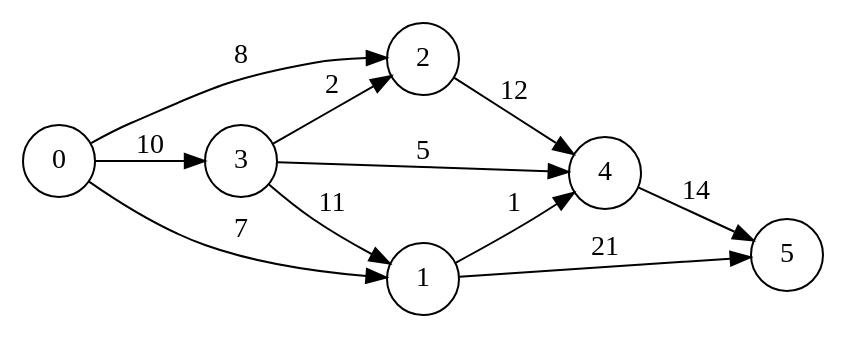
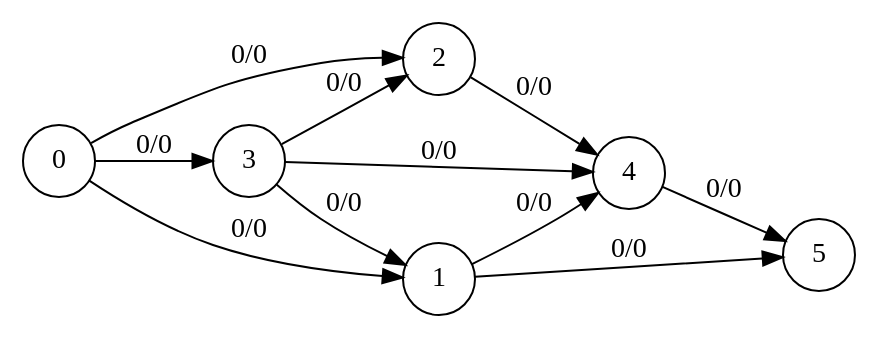
One commit to aurelienmichaud/ocaml-ford-fulkerson changed the diagram in graphs/graph1.dot. Above: the diagram before and after it, drawn with Graphviz. The commit also changed 23 other files, not shown here.

Commit message:
repair export and tested flownet svg on flownet10

```diff
--- a/graphs/graph1.dot
+++ b/graphs/graph1.dot
@@ -1,15 +1,14 @@
 digraph finite_state_machine {
 	rankdir=LR;
-	size="8,5"
 	node [shape = circle];
-	0 -> 2 [ label = "8" ];
-	0 -> 3 [ label = "10" ];
-	0 -> 1 [ label = "7" ];
-	2 -> 4 [ label = "12" ];
-	3 -> 4 [ label = "5" ];
-	3 -> 2 [ label = "2" ];
-	3 -> 1 [ label = "11" ];
-	1 -> 4 [ label = "1" ];
-	1 -> 5 [ label = "21" ];
-	4 -> 5 [ label = "14" ];
+	0 -> 2 [ label = "0/0" ];
+	0 -> 3 [ label = "0/0" ];
+	0 -> 1 [ label = "0/0" ];
+	2 -> 4 [ label = "0/0" ];
+	3 -> 4 [ label = "0/0" ];
+	3 -> 2 [ label = "0/0" ];
+	3 -> 1 [ label = "0/0" ];
+	1 -> 4 [ label = "0/0" ];
+	1 -> 5 [ label = "0/0" ];
+	4 -> 5 [ label = "0/0" ];
 }
```
